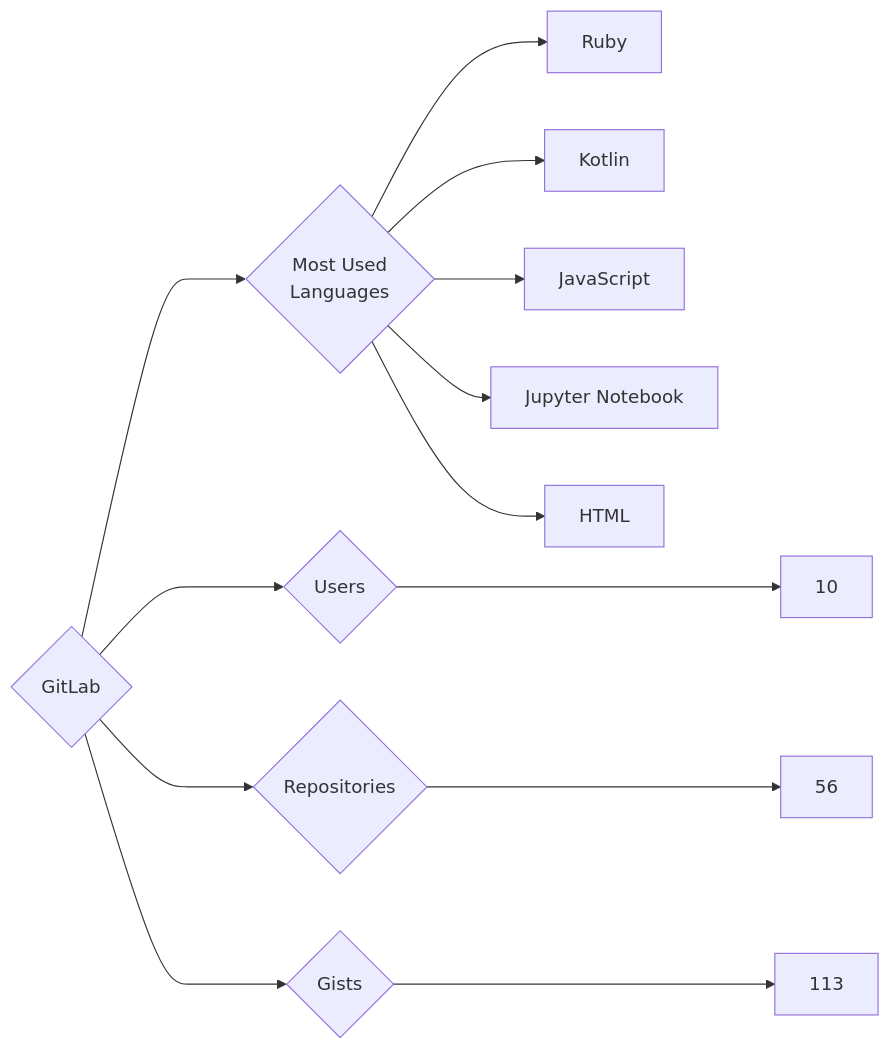
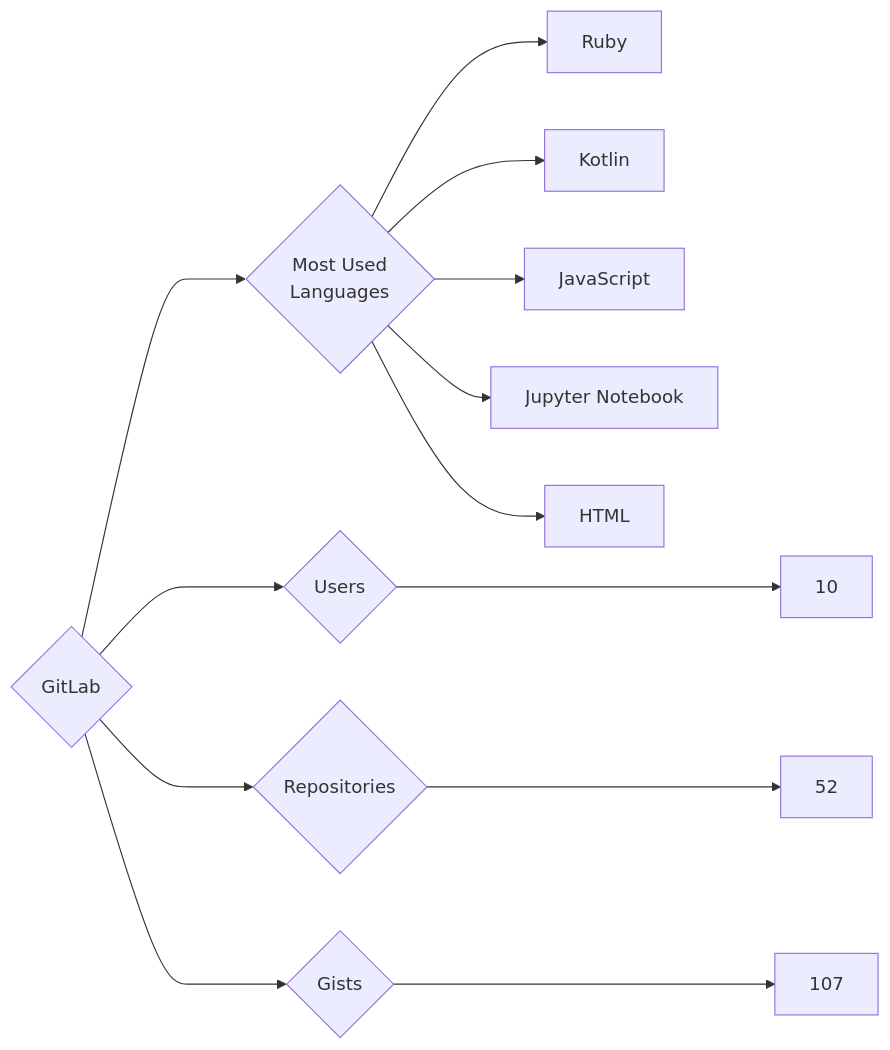
Before and after one commit to trickest/insiders: the diagram in targets/GitLab/README.md, drawn with Mermaid. The commit also changed 1084 other files, not shown here.

````diff
--- a/targets/GitLab/README.md
+++ b/targets/GitLab/README.md
@@ -3,13 +3,13 @@
 ```mermaid
 graph LR
 COMPANY_NAME{GitLab}
 COMPANY_NAME ---> U{Users} ---> UN[10]
-COMPANY_NAME ---> R{Repositories} ---> RN[56]
-COMPANY_NAME ---> G{Gists} ---> GN[113]
+COMPANY_NAME ---> R{Repositories} ---> RN[52]
+COMPANY_NAME ---> G{Gists} ---> GN[107]
 COMPANY_NAME ---> ML{Most Used<br>Languages}
 ML --> Ruby[Ruby]
 ML --> Kotlin[Kotlin]
 ML --> JavaScript[JavaScript]
 ML --> Jupyter_Notebook[Jupyter Notebook]
 ML --> HTML[HTML]
 ```
````
